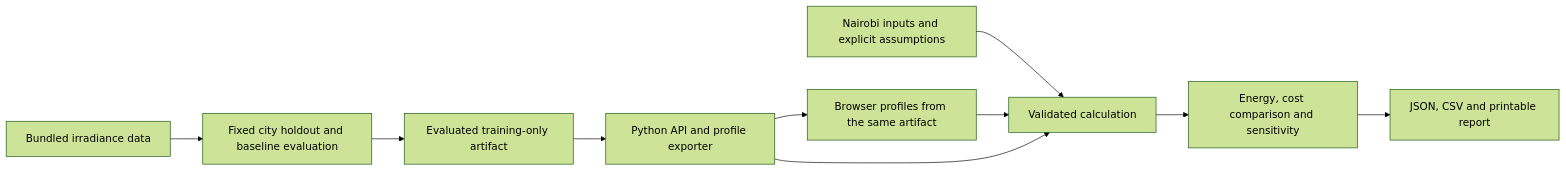
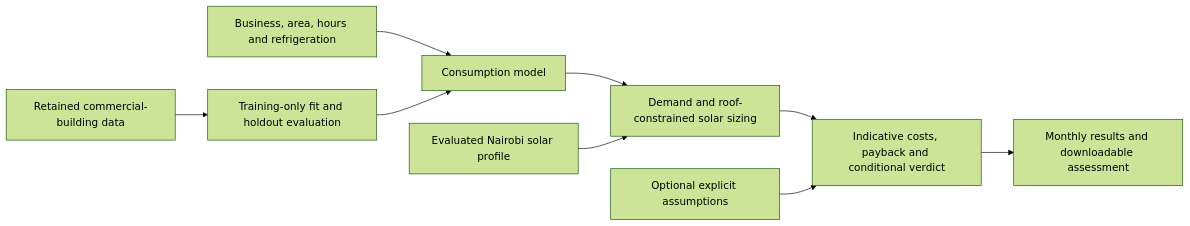
One commit to Tessa-Saumu/SolarSense-ML-Portfolio changed the diagram in README.md. Above: the diagram before and after it, drawn with Mermaid (forest theme). The commit also changed other lines of this file and 21 other files, not shown here.

Commit message:
Restore minimal-input solar assessment with observable consumption model

````diff
--- a/README.md
+++ b/README.md
@@ -15,12 +15,11 @@
 ```mermaid
 flowchart LR
-    D[Bundled irradiance data] --> E[Fixed city holdout and baseline evaluation]
-    E --> M[Evaluated training-only artifact]
-    M --> P[Python API and profile exporter]
-    P --> B[Browser profiles from the same artifact]
-    I[Nairobi inputs and explicit assumptions] --> C[Validated calculation]
-    B --> C
-    P --> C
-    C --> R[Energy, cost comparison and sensitivity]
-    R --> X[JSON, CSV and printable report]
+    U[Business, area, hours and refrigeration] --> C[Consumption model]
+    D[Retained commercial-building data] --> T[Training-only fit and holdout evaluation]
+    T --> C
+    C --> S[Demand and roof-constrained solar sizing]
+    P[Evaluated Nairobi solar profile] --> S
+    S --> V[Indicative costs, payback and conditional verdict]
+    A[Optional explicit assumptions] --> V
+    V --> R[Monthly results and downloadable assessment]
 ```
````
